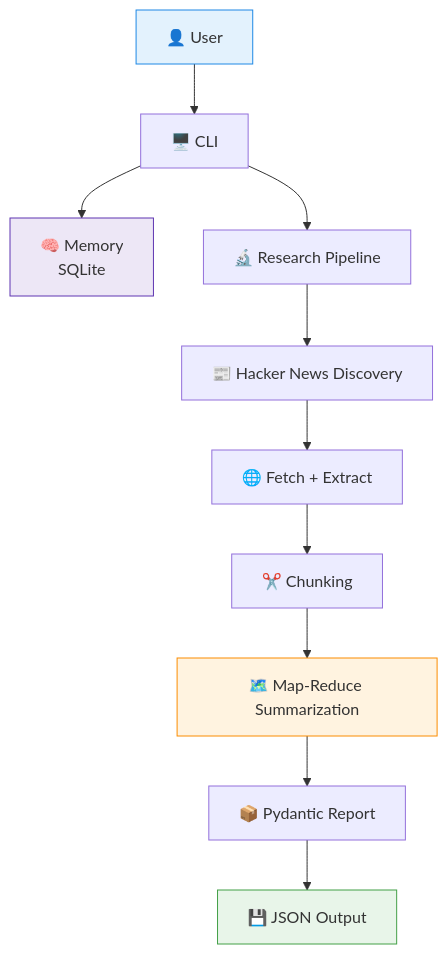
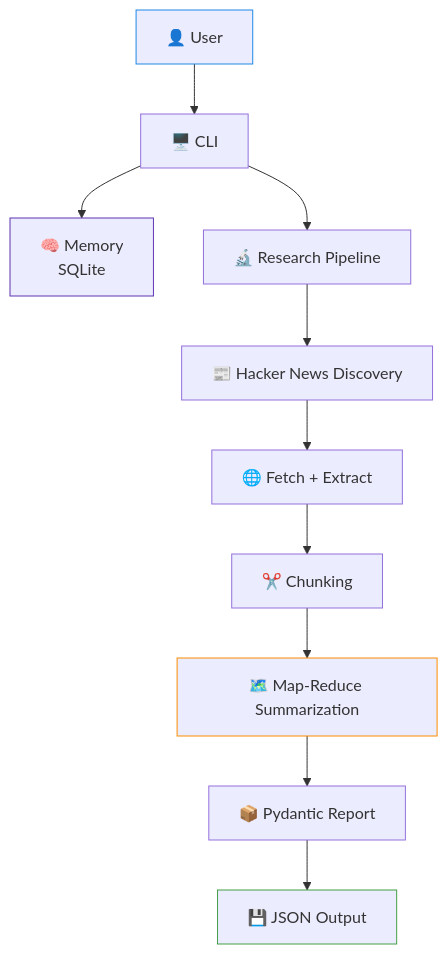
Before and after one commit to PUNITH-V/WorkBench: the first of 3 diagrams in Sift/app/README.md, drawn with Mermaid.

Commit message:
Refactor styles in README.md for clarity
Updated styles to use stroke properties instead of fill.

````diff
--- a/Sift/app/README.md
+++ b/Sift/app/README.md
@@ -29,17 +29,17 @@
 ```mermaid
 flowchart TD
     U["👤 User"] --> CLI["🖥️ CLI"]
     CLI --> MEM["🧠 Memory<br/>SQLite"]
     CLI --> PIPE["🔬 Research Pipeline"]
     PIPE --> HN["📰 Hacker News Discovery"]
     HN --> FETCH["🌐 Fetch + Extract"]
     FETCH --> CHUNK["✂️ Chunking"]
     CHUNK --> MR["🗺️ Map-Reduce Summarization"]
     MR --> REPORT["📦 Pydantic Report"]
     REPORT --> JSON["💾 JSON Output"]
 
-    style U fill:#e3f2fd,stroke:#1e88e5
-    style MEM fill:#ede7f6,stroke:#5e35b1
-    style MR fill:#fff3e0,stroke:#fb8c00
-    style JSON fill:#e8f5e9,stroke:#43a047
+    style U stroke:#1e88e5
+    style MEM stroke:#5e35b1
+    style MR stroke:#fb8c00
+    style JSON stroke:#43a047
 ```
````
